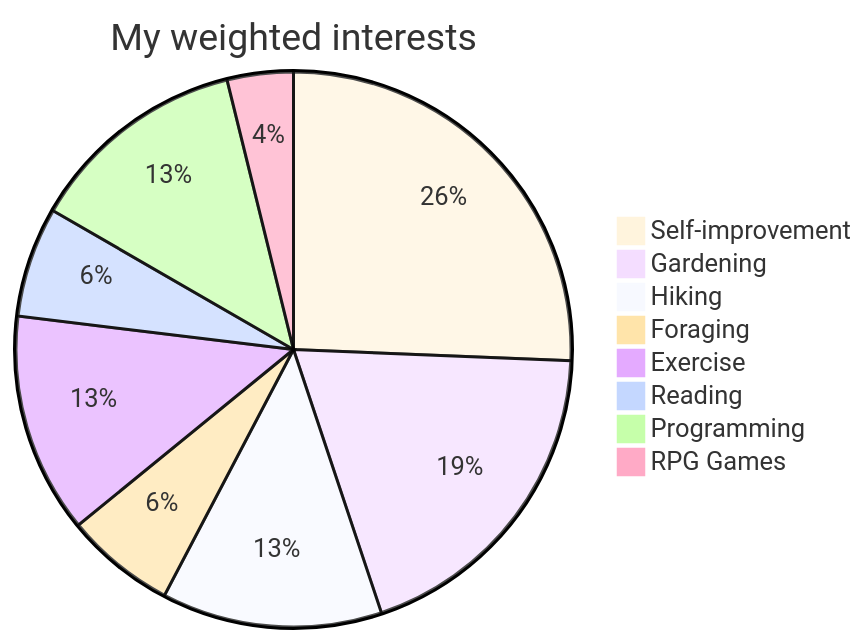
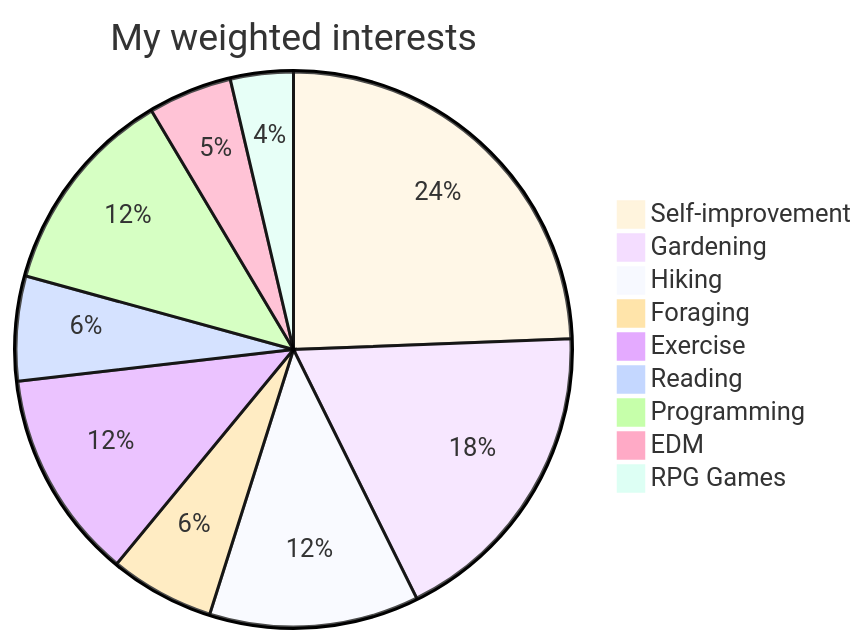
The diagram in README.md (greysch/greysch.github.io), drawn with Mermaid before and after one commit.

Commit message:
Update pie chart.md

````diff
--- a/README.md
+++ b/README.md
@@ -24,12 +24,13 @@
 ```mermaid
 %%{init: {'theme':'base'}}%%
 pie title My weighted interests
 "Self-improvement" : 40
 "Gardening" : 30
 "Hiking" : 20
 "Foraging" : 10
 "Exercise" : 20
 "Reading" : 10
 "Programming" : 20
+"EDM" : 8
 "RPG Games" : 6
 ```
````
